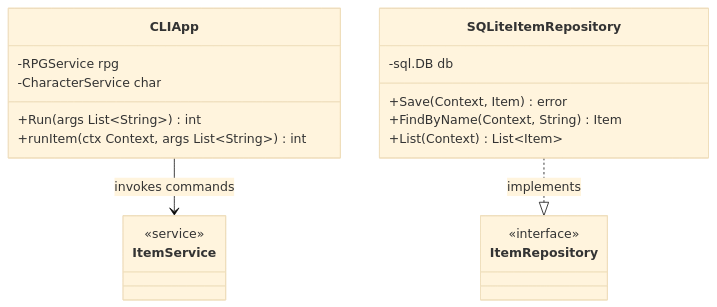
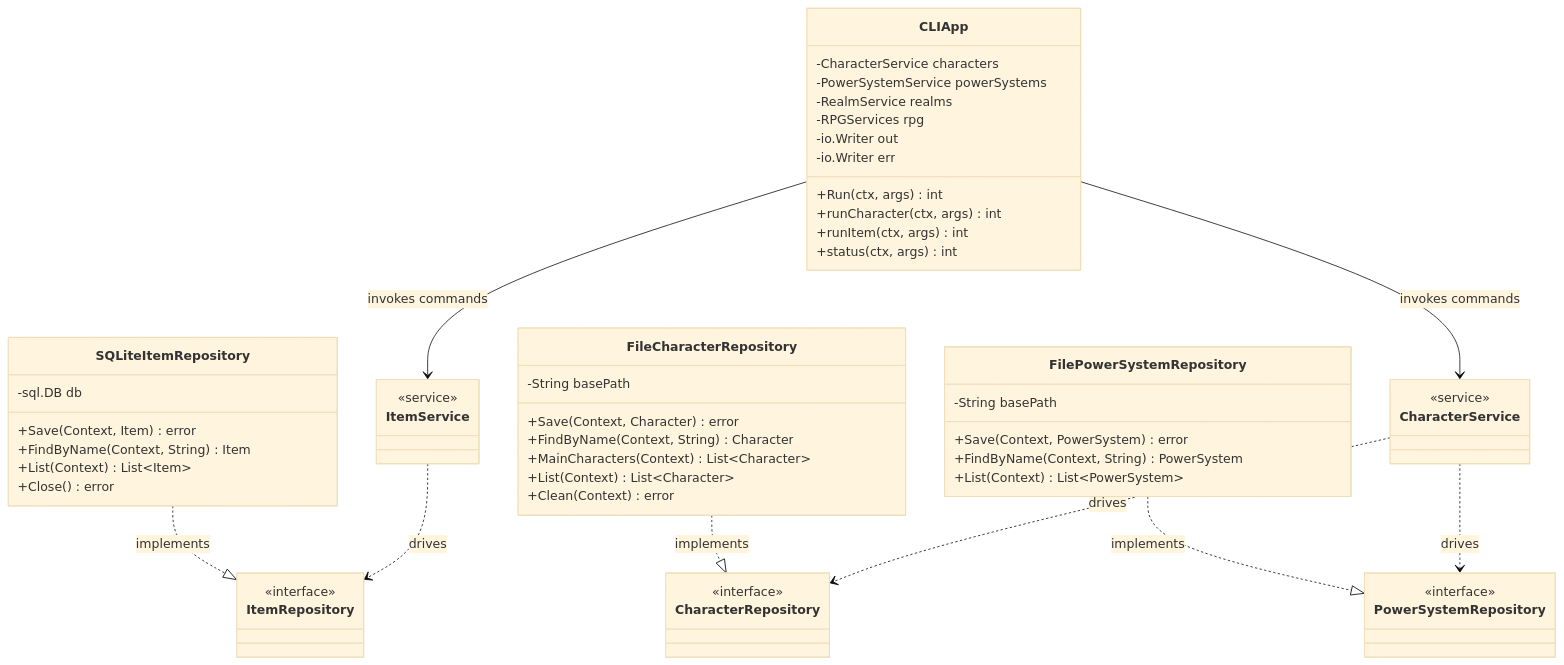
The diagram in ai/docs/diagrams/classes-adapters.md (backendsouls/tge), drawn with Mermaid (base theme) before and after one commit. The commit also changed other lines of this file and 20 other files, not shown here.

````diff
--- a/ai/docs/diagrams/classes-adapters.md
+++ b/ai/docs/diagrams/classes-adapters.md
@@ -7,30 +11,68 @@
 ```mermaid
 classDiagram
     %% Driving Adapter
     class CLIApp {
-        -RPGService rpg
-        -CharacterService char
-        +Run(args List~String~) int
-        +runItem(ctx Context, args List~String~) int
+        -CharacterService characters
+        -PowerSystemService powerSystems
+        -RealmService realms
+        -RPGServices rpg
+        -io.Writer out
+        -io.Writer err
+        +Run(ctx, args) int
+        +runCharacter(ctx, args) int
+        +runItem(ctx, args) int
+        +status(ctx, args) int
     }
-    
-    %% Driven Adapter
+
+    %% Driven Adapter — SQLite
     class SQLiteItemRepository {
         -sql.DB db
         +Save(Context, Item) error
         +FindByName(Context, String) Item
         +List(Context) List~Item~
+        +Close() error
     }
-    
+
+    %% Driven Adapter — flat file
+    class FileCharacterRepository {
+        -String basePath
+        +Save(Context, Character) error
+        +FindByName(Context, String) Character
+        +MainCharacters(Context) List~Character~
+        +List(Context) List~Character~
+        +Clean(Context) error
+    }
+
+    class FilePowerSystemRepository {
+        -String basePath
+        +Save(Context, PowerSystem) error
+        +FindByName(Context, String) PowerSystem
+        +List(Context) List~PowerSystem~
+    }
+
     %% Core Abstractions
     class ItemService {
         <<service>>
     }
-    
+    class CharacterService {
+        <<service>>
+    }
     class ItemRepository {
+        <<interface>>
+    }
+    class CharacterRepository {
+        <<interface>>
+    }
+    class PowerSystemRepository {
         <<interface>>
     }
 
     CLIApp --> ItemService : invokes commands
+    CLIApp --> CharacterService : invokes commands
     SQLiteItemRepository ..|> ItemRepository : implements
+    FileCharacterRepository ..|> CharacterRepository : implements
+    FilePowerSystemRepository ..|> PowerSystemRepository : implements
+    ItemService ..> ItemRepository : drives
+    CharacterService ..> CharacterRepository : drives
+    CharacterService ..> PowerSystemRepository : drives
 ```
````
